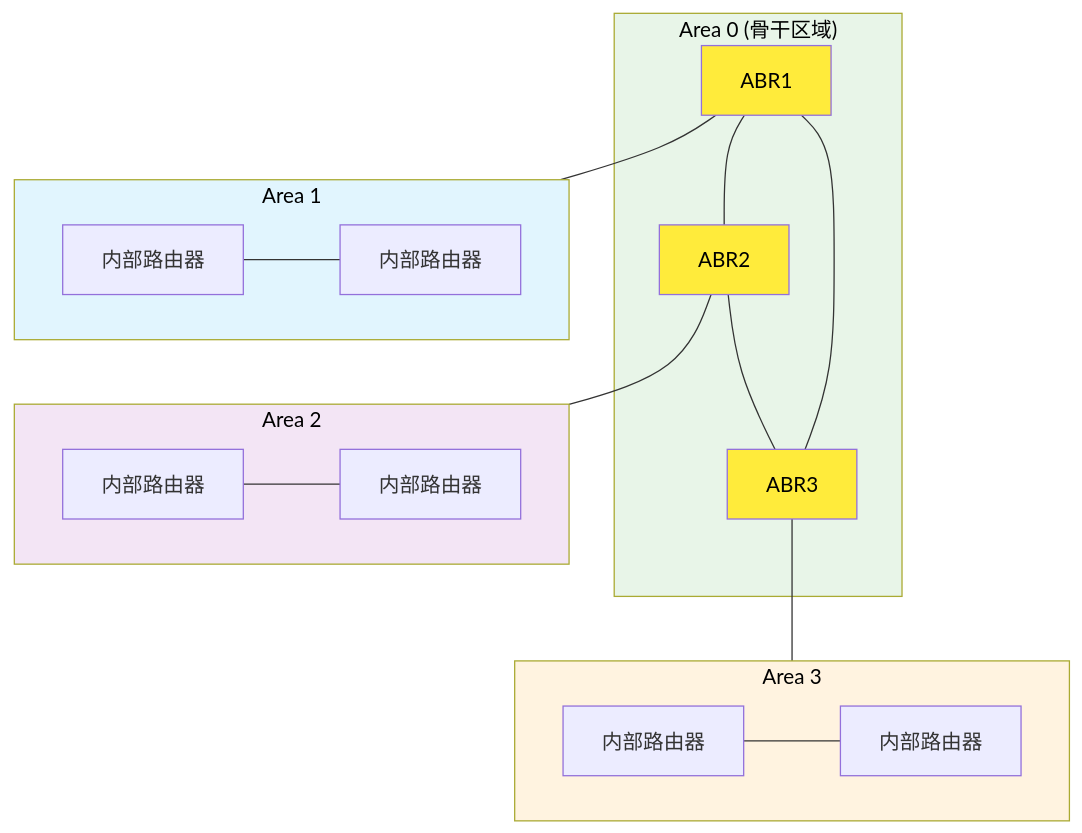
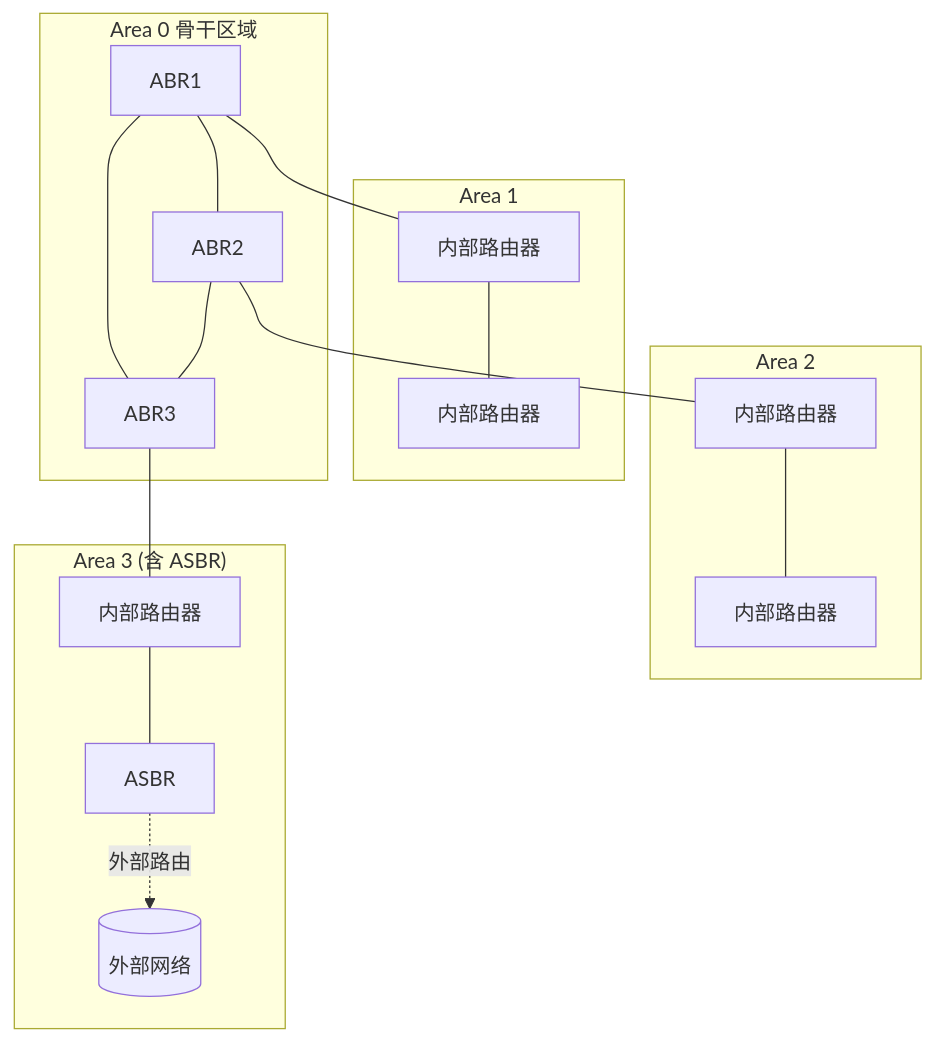
One commit to Dtheme/CS-base changed the third of 3 diagrams in 计算机网络/5.3网络层：OSPF协议.md. Above: the diagram before and after it, drawn with Mermaid. The commit also changed other lines of this file and 51 other files, not shown here.

````diff
--- a/计算机网络/5.3网络层：OSPF协议.md
+++ b/计算机网络/5.3网络层：OSPF协议.md
@@ -907,42 +451,22 @@
 ```mermaid
 graph TD
-    subgraph Area0 ["Area 0 (骨干区域)"]
+    subgraph Area0["Area 0 骨干区域"]
         ABR1["ABR1"]
         ABR2["ABR2"]
         ABR3["ABR3"]
-        
-        ABR1 --- ABR2
-        ABR2 --- ABR3
-        ABR1 --- ABR3
+        ABR1 --- ABR2 --- ABR3 --- ABR1
     end
-    
-    subgraph Area1 ["Area 1"]
-        R1["内部路由器"]
-        R2["内部路由器"]
-        R1 --- R2
+    subgraph Area1["Area 1"]
+        R1["内部路由器"] --- R2["内部路由器"]
     end
-    
-    subgraph Area2 ["Area 2"]
-        R3["内部路由器"]
-        R4["内部路由器"]
-        R3 --- R4
+    subgraph Area2["Area 2"]
+        R3["内部路由器"] --- R4["内部路由器"]
     end
-    
-    subgraph Area3 ["Area 3"]
-        R5["内部路由器"]
-        R6["内部路由器"]
-        R5 --- R6
+    subgraph Area3["Area 3 (含 ASBR)"]
+        R5["内部路由器"] --- ASBR["ASBR"]
+        ASBR -. 外部路由 .-> EXT[("外部网络")]
     end
-    
-    ABR1 --- Area1
-    ABR2 --- Area2
-    ABR3 --- Area3
-    
-    style Area0 fill:#e8f5e8,color:#000
-    style Area1 fill:#e1f5fe,color:#000
-    style Area2 fill:#f3e5f5,color:#000
-    style Area3 fill:#fff3e0,color:#000
-    style ABR1 fill:#ffeb3b,color:#000
-    style ABR2 fill:#ffeb3b,color:#000
-    style ABR3 fill:#ffeb3b,color:#000
+    ABR1 --- R1
+    ABR2 --- R3
+    ABR3 --- R5
 ```
````
